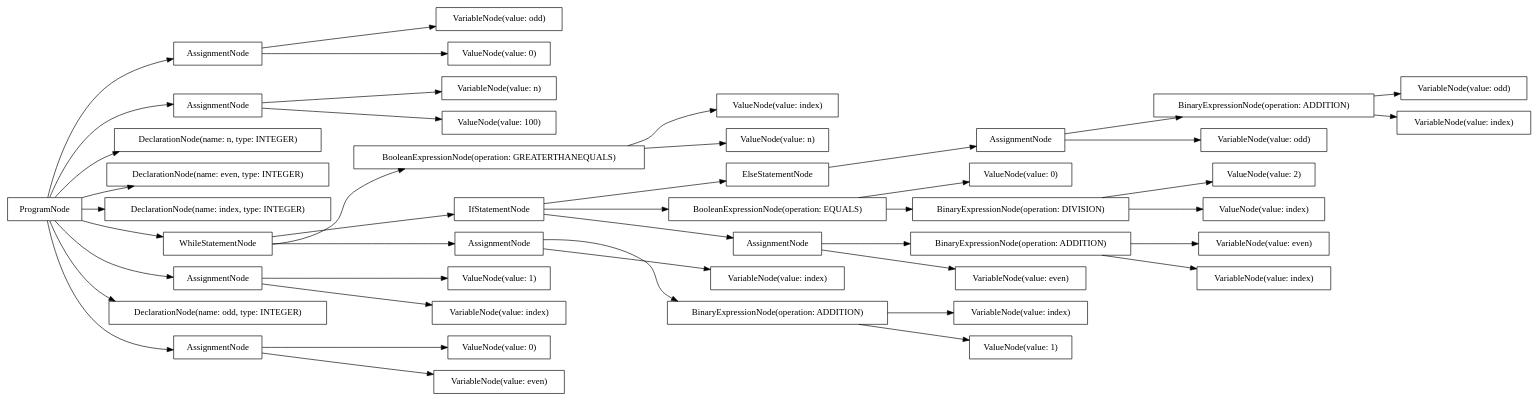
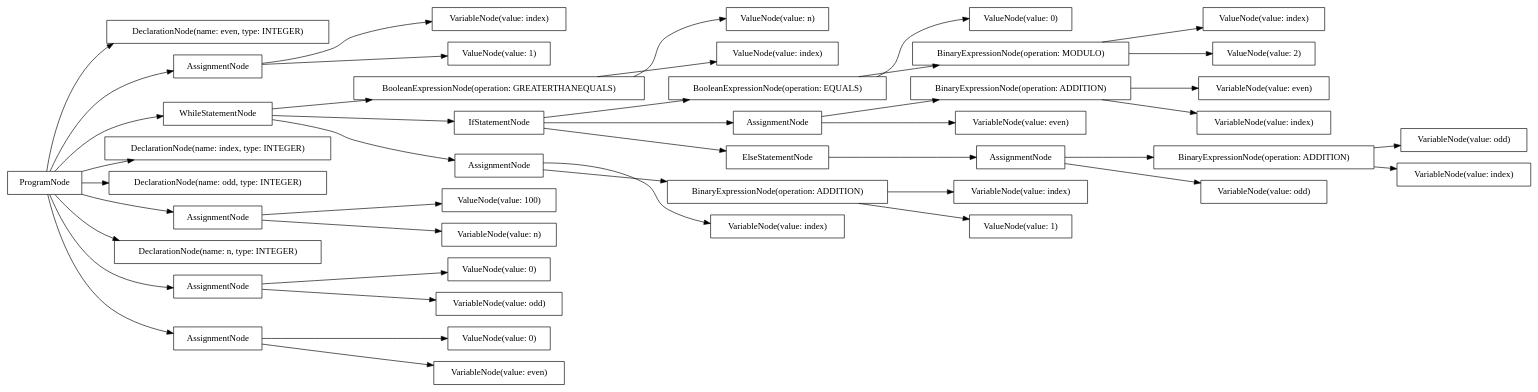
One commit to AtLeastITry/ANTLR-Python-Compiler changed the diagram in src/output/dot/odd_even.dot. Above: the diagram before and after it, drawn with Graphviz. The commit also changed 27 other files, not shown here.

```diff
--- a/src/output/dot/odd_even.dot
+++ b/src/output/dot/odd_even.dot
@@ -1,88 +1,88 @@
 digraph G {
 rankdir=LR
-"79c19abc-da8b-4724-8d34-5282aea45b87" [label="AssignmentNode" shape="box"];
-"4ef11b7d-b69f-4cc4-b3d8-98809ff8a03e" [label="AssignmentNode" shape="box"];
-"3093afd4-d119-431a-b877-caab0ad86e8a" [label="VariableNode(value: odd)" shape="box"];
-"b1682a3b-71fc-4a07-bf1d-ce64e25408cf" [label="ValueNode(value: 0)" shape="box"];
-"3aab8850-bef6-4f09-9de5-71e9b3103ed3" [label="DeclarationNode(name: n, type: INTEGER)" shape="box"];
-"424859a7-21b3-4c3b-acb3-148d2f526f47" [label="ValueNode(value: 2)" shape="box"];
-"621c7bb9-cdaa-4d46-8cbe-644ce7d3b9f8" [label="DeclarationNode(name: even, type: INTEGER)" shape="box"];
-"940a31cb-425f-44e0-9032-65e7329301e8" [label="VariableNode(value: index)" shape="box"];
-"7e415873-ba0b-4027-a7d4-08baee0f7a6d" [label="DeclarationNode(name: index, type: INTEGER)" shape="box"];
-"48330ab2-b593-4800-bbb5-ba8c0eaa5b17" [label="ValueNode(value: 1)" shape="box"];
-"7cc2eeb4-95cc-49d2-995f-f3fb90edef76" [label="VariableNode(value: n)" shape="box"];
-"ac5a2f0a-7cd3-4767-af48-00c5b341b1bf" [label="BinaryExpressionNode(operation: ADDITION)" shape="box"];
-"7ffb75b4-2518-4c02-947e-729c9664e00b" [label="AssignmentNode" shape="box"];
-"d0ccfda1-d11b-452b-b94a-49051f2be2a0" [label="WhileStatementNode" shape="box"];
-"249586a5-a49f-4472-b0cd-6593d1ac98b5" [label="BooleanExpressionNode(operation: GREATERTHANEQUALS)" shape="box"];
-"2d5ba856-9327-4ced-8695-60fcb0064872" [label="VariableNode(value: index)" shape="box"];
-"75da76d2-f9e6-4155-90c2-387f0ffed123" [label="ValueNode(value: 0)" shape="box"];
-"e74cde90-f02e-4b7f-acd9-ac049ce658ad" [label="ValueNode(value: index)" shape="box"];
-"5b4afbd5-9998-49dc-8562-eaf7981a9e88" [label="ValueNode(value: 1)" shape="box"];
-"ac439100-9982-4d23-9896-5b0b0a979074" [label="ValueNode(value: index)" shape="box"];
-"857e8cf2-ad51-4c18-90f4-06f7f6877f23" [label="BinaryExpressionNode(operation: DIVISION)" shape="box"];
-"b9421b17-9375-48b4-bc64-f75330179196" [label="VariableNode(value: odd)" shape="box"];
-"c8322cec-f53e-4dee-89e7-068f03bdc77e" [label="VariableNode(value: odd)" shape="box"];
-"4b57c16a-f364-43ec-bfec-ffc42ebc5688" [label="VariableNode(value: even)" shape="box"];
-"471193bb-323b-485c-9179-6b0a71b4ef20" [label="ValueNode(value: 0)" shape="box"];
-"e7adc543-d610-47f2-a0f5-1b185551fcda" [label="VariableNode(value: even)" shape="box"];
-"2fdd35de-5cdf-4067-923f-8cd9c465f613" [label="ValueNode(value: n)" shape="box"];
-"613147ab-2ac6-4d6d-9b44-88a4652575d8" [label="ElseStatementNode" shape="box"];
-"94935950-aa4a-4219-ae95-3c088fc6c125" [label="BooleanExpressionNode(operation: EQUALS)" shape="box"];
-"9ef6b98b-8504-4239-a90c-46587209afb3" [label="AssignmentNode" shape="box"];
-"26b24507-8e9e-49b3-8940-5c6ca32d3bf6" [label="VariableNode(value: index)" shape="box"];
-"174e445f-206a-47aa-b2f2-0c9696839386" [label="AssignmentNode" shape="box"];
-"dd51bd09-1c65-4681-8bc9-40e8dac00c2e" [label="VariableNode(value: index)" shape="box"];
-"1ba9832e-fcc1-4f09-abb3-615f26a4ccb3" [label="ProgramNode" shape="box"];
-"cbc94d31-afab-4c6f-a359-fdb7385ec578" [label="BinaryExpressionNode(operation: ADDITION)" shape="box"];
-"7dce3554-f706-41d6-8075-2566aecfc2a3" [label="DeclarationNode(name: odd, type: INTEGER)" shape="box"];
-"3cf92d4f-1e56-43f9-9515-923370623e2a" [label="BinaryExpressionNode(operation: ADDITION)" shape="box"];
-"d6c016cd-a649-450d-ab19-89d3f616d36d" [label="VariableNode(value: even)" shape="box"];
-"b48f5b11-4035-4559-8c4a-dab5887de14a" [label="AssignmentNode" shape="box"];
-"9e331ccc-57c2-464d-aedb-2575ca2a8588" [label="IfStatementNode" shape="box"];
-"84524036-47f9-4bc5-a115-4d29ce73f26a" [label="VariableNode(value: index)" shape="box"];
-"a2505f63-a1c0-4864-b3e1-c71c2bc97c1e" [label="AssignmentNode" shape="box"];
-"13ba1142-9511-4556-83cf-69bd6f113f62" [label="ValueNode(value: 100)" shape="box"];
-"1ba9832e-fcc1-4f09-abb3-615f26a4ccb3" -> "3aab8850-bef6-4f09-9de5-71e9b3103ed3";
-"1ba9832e-fcc1-4f09-abb3-615f26a4ccb3" -> "7dce3554-f706-41d6-8075-2566aecfc2a3";
-"1ba9832e-fcc1-4f09-abb3-615f26a4ccb3" -> "621c7bb9-cdaa-4d46-8cbe-644ce7d3b9f8";
-"1ba9832e-fcc1-4f09-abb3-615f26a4ccb3" -> "7e415873-ba0b-4027-a7d4-08baee0f7a6d";
-"1ba9832e-fcc1-4f09-abb3-615f26a4ccb3" -> "4ef11b7d-b69f-4cc4-b3d8-98809ff8a03e";
-"4ef11b7d-b69f-4cc4-b3d8-98809ff8a03e" -> "7cc2eeb4-95cc-49d2-995f-f3fb90edef76";
-"4ef11b7d-b69f-4cc4-b3d8-98809ff8a03e" -> "13ba1142-9511-4556-83cf-69bd6f113f62";
-"1ba9832e-fcc1-4f09-abb3-615f26a4ccb3" -> "79c19abc-da8b-4724-8d34-5282aea45b87";
-"79c19abc-da8b-4724-8d34-5282aea45b87" -> "3093afd4-d119-431a-b877-caab0ad86e8a";
-"79c19abc-da8b-4724-8d34-5282aea45b87" -> "471193bb-323b-485c-9179-6b0a71b4ef20";
-"1ba9832e-fcc1-4f09-abb3-615f26a4ccb3" -> "b48f5b11-4035-4559-8c4a-dab5887de14a";
-"b48f5b11-4035-4559-8c4a-dab5887de14a" -> "4b57c16a-f364-43ec-bfec-ffc42ebc5688";
-"b48f5b11-4035-4559-8c4a-dab5887de14a" -> "75da76d2-f9e6-4155-90c2-387f0ffed123";
-"1ba9832e-fcc1-4f09-abb3-615f26a4ccb3" -> "174e445f-206a-47aa-b2f2-0c9696839386";
-"174e445f-206a-47aa-b2f2-0c9696839386" -> "26b24507-8e9e-49b3-8940-5c6ca32d3bf6";
-"174e445f-206a-47aa-b2f2-0c9696839386" -> "5b4afbd5-9998-49dc-8562-eaf7981a9e88";
-"1ba9832e-fcc1-4f09-abb3-615f26a4ccb3" -> "d0ccfda1-d11b-452b-b94a-49051f2be2a0";
-"d0ccfda1-d11b-452b-b94a-49051f2be2a0" -> "249586a5-a49f-4472-b0cd-6593d1ac98b5";
-"249586a5-a49f-4472-b0cd-6593d1ac98b5" -> "ac439100-9982-4d23-9896-5b0b0a979074";
-"249586a5-a49f-4472-b0cd-6593d1ac98b5" -> "2fdd35de-5cdf-4067-923f-8cd9c465f613";
-"d0ccfda1-d11b-452b-b94a-49051f2be2a0" -> "9e331ccc-57c2-464d-aedb-2575ca2a8588";
-"9e331ccc-57c2-464d-aedb-2575ca2a8588" -> "94935950-aa4a-4219-ae95-3c088fc6c125";
-"94935950-aa4a-4219-ae95-3c088fc6c125" -> "857e8cf2-ad51-4c18-90f4-06f7f6877f23";
-"857e8cf2-ad51-4c18-90f4-06f7f6877f23" -> "e74cde90-f02e-4b7f-acd9-ac049ce658ad";
-"857e8cf2-ad51-4c18-90f4-06f7f6877f23" -> "424859a7-21b3-4c3b-acb3-148d2f526f47";
-"94935950-aa4a-4219-ae95-3c088fc6c125" -> "b1682a3b-71fc-4a07-bf1d-ce64e25408cf";
-"9e331ccc-57c2-464d-aedb-2575ca2a8588" -> "9ef6b98b-8504-4239-a90c-46587209afb3";
-"9ef6b98b-8504-4239-a90c-46587209afb3" -> "d6c016cd-a649-450d-ab19-89d3f616d36d";
-"9ef6b98b-8504-4239-a90c-46587209afb3" -> "cbc94d31-afab-4c6f-a359-fdb7385ec578";
-"cbc94d31-afab-4c6f-a359-fdb7385ec578" -> "e7adc543-d610-47f2-a0f5-1b185551fcda";
-"cbc94d31-afab-4c6f-a359-fdb7385ec578" -> "dd51bd09-1c65-4681-8bc9-40e8dac00c2e";
-"9e331ccc-57c2-464d-aedb-2575ca2a8588" -> "613147ab-2ac6-4d6d-9b44-88a4652575d8";
-"613147ab-2ac6-4d6d-9b44-88a4652575d8" -> "7ffb75b4-2518-4c02-947e-729c9664e00b";
-"7ffb75b4-2518-4c02-947e-729c9664e00b" -> "c8322cec-f53e-4dee-89e7-068f03bdc77e";
-"7ffb75b4-2518-4c02-947e-729c9664e00b" -> "ac5a2f0a-7cd3-4767-af48-00c5b341b1bf";
-"ac5a2f0a-7cd3-4767-af48-00c5b341b1bf" -> "b9421b17-9375-48b4-bc64-f75330179196";
-"ac5a2f0a-7cd3-4767-af48-00c5b341b1bf" -> "84524036-47f9-4bc5-a115-4d29ce73f26a";
-"d0ccfda1-d11b-452b-b94a-49051f2be2a0" -> "a2505f63-a1c0-4864-b3e1-c71c2bc97c1e";
-"a2505f63-a1c0-4864-b3e1-c71c2bc97c1e" -> "2d5ba856-9327-4ced-8695-60fcb0064872";
-"a2505f63-a1c0-4864-b3e1-c71c2bc97c1e" -> "3cf92d4f-1e56-43f9-9515-923370623e2a";
-"3cf92d4f-1e56-43f9-9515-923370623e2a" -> "940a31cb-425f-44e0-9032-65e7329301e8";
-"3cf92d4f-1e56-43f9-9515-923370623e2a" -> "48330ab2-b593-4800-bbb5-ba8c0eaa5b17";
+"4c57b4df-326e-4cd7-820c-1e643ffe2a67" [label="VariableNode(value: odd)" shape="box"];
+"a7191009-eff2-4182-8580-98ceb84ed6e9" [label="BooleanExpressionNode(operation: EQUALS)" shape="box"];
+"4784a760-ae09-4403-9334-53fe5d4dcba5" [label="DeclarationNode(name: even, type: INTEGER)" shape="box"];
+"7416888f-fe71-4914-be12-e1e2711b6bdb" [label="AssignmentNode" shape="box"];
+"5c3884c2-6198-4063-929b-43479aaba366" [label="ValueNode(value: n)" shape="box"];
+"0a4173cb-d114-4ba4-9be2-5a454a6cb621" [label="VariableNode(value: index)" shape="box"];
+"eacdc6ce-39d1-4e20-968e-d72b1dc73380" [label="BinaryExpressionNode(operation: ADDITION)" shape="box"];
+"9c5e7c5a-9cc1-41c4-b7ed-b1a472508b09" [label="WhileStatementNode" shape="box"];
+"44ab101c-16f2-43a1-a6cd-f4d742bc2113" [label="AssignmentNode" shape="box"];
+"4627e310-d9fc-422b-8892-a060235416d4" [label="DeclarationNode(name: index, type: INTEGER)" shape="box"];
+"f388f356-5c25-40d2-b964-d24ebc10c4c0" [label="ValueNode(value: 100)" shape="box"];
+"b0437c37-3dd2-4a47-8261-56c5abb346af" [label="VariableNode(value: index)" shape="box"];
+"070a199b-e4cc-4df8-8565-d0befe659606" [label="DeclarationNode(name: odd, type: INTEGER)" shape="box"];
+"475af098-3b2b-4b8a-8929-6302721c09cb" [label="AssignmentNode" shape="box"];
+"acafc8b5-73ed-4620-84aa-8c6254c84288" [label="VariableNode(value: index)" shape="box"];
+"0fa95914-8344-4cbf-8864-b6785a2f9f6a" [label="AssignmentNode" shape="box"];
+"097c37f7-39d3-4519-ae33-7161dcd0f361" [label="VariableNode(value: index)" shape="box"];
+"6037abf2-194e-4e65-85a9-2137e35a4e0e" [label="ValueNode(value: 0)" shape="box"];
+"439c27d3-afe4-4d31-abb2-b2e0d5358c19" [label="ValueNode(value: 0)" shape="box"];
+"5af60ac5-2847-4858-a245-18867bffb3b4" [label="BinaryExpressionNode(operation: ADDITION)" shape="box"];
+"388fa258-0f8c-4d0e-be79-9da54bd8cd37" [label="VariableNode(value: n)" shape="box"];
+"c5d7845d-bbd0-4558-95b6-88fcc6d02f3e" [label="VariableNode(value: even)" shape="box"];
+"ac1d4eaa-0ba9-4a32-ad24-c6df499986a8" [label="BinaryExpressionNode(operation: ADDITION)" shape="box"];
+"dea878ef-55dd-4843-bd36-ef3fd2de0f29" [label="BooleanExpressionNode(operation: GREATERTHANEQUALS)" shape="box"];
+"50e18e8b-b9c1-4f3d-9bf7-7a5e21cffed8" [label="VariableNode(value: even)" shape="box"];
+"2ba3e4ff-0174-41e6-a3c8-135df12efadc" [label="VariableNode(value: even)" shape="box"];
+"13ef65dc-58fb-48f9-9662-022f1d564ec1" [label="ValueNode(value: 0)" shape="box"];
+"aa3da402-b01c-4351-94a8-431141e08a80" [label="ElseStatementNode" shape="box"];
+"eaab4a57-0596-449a-a137-8141a1beb154" [label="ProgramNode" shape="box"];
+"e3e05a2a-a0a4-4d74-83ca-fe54c35a51b0" [label="ValueNode(value: index)" shape="box"];
+"af40e1d6-597d-4e27-b227-a2d602b7aeba" [label="DeclarationNode(name: n, type: INTEGER)" shape="box"];
+"d5c8d700-0904-4be0-a0ab-85dbd919f8f4" [label="VariableNode(value: index)" shape="box"];
+"33e6a0c6-286f-41da-be3d-264ac80cea1d" [label="BinaryExpressionNode(operation: MODULO)" shape="box"];
+"6ffa7376-1ded-44cc-bcee-e77b7ad68a5b" [label="ValueNode(value: 1)" shape="box"];
+"3caae2ab-e24a-43d1-97d4-b0047a7fd943" [label="ValueNode(value: 1)" shape="box"];
+"eca58f09-24b6-44eb-95d8-414787e34fb4" [label="ValueNode(value: index)" shape="box"];
+"a72c80d9-e187-4c73-b8e4-ea705926d949" [label="AssignmentNode" shape="box"];
+"925e6eb6-4993-4028-aaea-0e3738e43c90" [label="VariableNode(value: odd)" shape="box"];
+"dfb76f2b-d8f0-4544-a681-69200ea9a35b" [label="VariableNode(value: odd)" shape="box"];
+"6fcbf325-0bb7-4080-a61e-aff968de539c" [label="IfStatementNode" shape="box"];
+"5f3f0d69-c0ea-4c6f-854b-521073cf76bb" [label="AssignmentNode" shape="box"];
+"a7fc60ce-e2cc-4002-822f-e33b45e936be" [label="AssignmentNode" shape="box"];
+"06614770-04d8-42af-a63a-55f0b9db34c8" [label="ValueNode(value: 2)" shape="box"];
+"eaab4a57-0596-449a-a137-8141a1beb154" -> "af40e1d6-597d-4e27-b227-a2d602b7aeba";
+"eaab4a57-0596-449a-a137-8141a1beb154" -> "070a199b-e4cc-4df8-8565-d0befe659606";
+"eaab4a57-0596-449a-a137-8141a1beb154" -> "4784a760-ae09-4403-9334-53fe5d4dcba5";
+"eaab4a57-0596-449a-a137-8141a1beb154" -> "4627e310-d9fc-422b-8892-a060235416d4";
+"eaab4a57-0596-449a-a137-8141a1beb154" -> "475af098-3b2b-4b8a-8929-6302721c09cb";
+"475af098-3b2b-4b8a-8929-6302721c09cb" -> "388fa258-0f8c-4d0e-be79-9da54bd8cd37";
+"475af098-3b2b-4b8a-8929-6302721c09cb" -> "f388f356-5c25-40d2-b964-d24ebc10c4c0";
+"eaab4a57-0596-449a-a137-8141a1beb154" -> "a72c80d9-e187-4c73-b8e4-ea705926d949";
+"a72c80d9-e187-4c73-b8e4-ea705926d949" -> "dfb76f2b-d8f0-4544-a681-69200ea9a35b";
+"a72c80d9-e187-4c73-b8e4-ea705926d949" -> "13ef65dc-58fb-48f9-9662-022f1d564ec1";
+"eaab4a57-0596-449a-a137-8141a1beb154" -> "a7fc60ce-e2cc-4002-822f-e33b45e936be";
+"a7fc60ce-e2cc-4002-822f-e33b45e936be" -> "50e18e8b-b9c1-4f3d-9bf7-7a5e21cffed8";
+"a7fc60ce-e2cc-4002-822f-e33b45e936be" -> "6037abf2-194e-4e65-85a9-2137e35a4e0e";
+"eaab4a57-0596-449a-a137-8141a1beb154" -> "7416888f-fe71-4914-be12-e1e2711b6bdb";
+"7416888f-fe71-4914-be12-e1e2711b6bdb" -> "acafc8b5-73ed-4620-84aa-8c6254c84288";
+"7416888f-fe71-4914-be12-e1e2711b6bdb" -> "6ffa7376-1ded-44cc-bcee-e77b7ad68a5b";
+"eaab4a57-0596-449a-a137-8141a1beb154" -> "9c5e7c5a-9cc1-41c4-b7ed-b1a472508b09";
+"9c5e7c5a-9cc1-41c4-b7ed-b1a472508b09" -> "dea878ef-55dd-4843-bd36-ef3fd2de0f29";
+"dea878ef-55dd-4843-bd36-ef3fd2de0f29" -> "e3e05a2a-a0a4-4d74-83ca-fe54c35a51b0";
+"dea878ef-55dd-4843-bd36-ef3fd2de0f29" -> "5c3884c2-6198-4063-929b-43479aaba366";
+"9c5e7c5a-9cc1-41c4-b7ed-b1a472508b09" -> "6fcbf325-0bb7-4080-a61e-aff968de539c";
+"6fcbf325-0bb7-4080-a61e-aff968de539c" -> "a7191009-eff2-4182-8580-98ceb84ed6e9";
+"a7191009-eff2-4182-8580-98ceb84ed6e9" -> "33e6a0c6-286f-41da-be3d-264ac80cea1d";
+"33e6a0c6-286f-41da-be3d-264ac80cea1d" -> "eca58f09-24b6-44eb-95d8-414787e34fb4";
+"33e6a0c6-286f-41da-be3d-264ac80cea1d" -> "06614770-04d8-42af-a63a-55f0b9db34c8";
+"a7191009-eff2-4182-8580-98ceb84ed6e9" -> "439c27d3-afe4-4d31-abb2-b2e0d5358c19";
+"6fcbf325-0bb7-4080-a61e-aff968de539c" -> "44ab101c-16f2-43a1-a6cd-f4d742bc2113";
+"44ab101c-16f2-43a1-a6cd-f4d742bc2113" -> "2ba3e4ff-0174-41e6-a3c8-135df12efadc";
+"44ab101c-16f2-43a1-a6cd-f4d742bc2113" -> "5af60ac5-2847-4858-a245-18867bffb3b4";
+"5af60ac5-2847-4858-a245-18867bffb3b4" -> "c5d7845d-bbd0-4558-95b6-88fcc6d02f3e";
+"5af60ac5-2847-4858-a245-18867bffb3b4" -> "d5c8d700-0904-4be0-a0ab-85dbd919f8f4";
+"6fcbf325-0bb7-4080-a61e-aff968de539c" -> "aa3da402-b01c-4351-94a8-431141e08a80";
+"aa3da402-b01c-4351-94a8-431141e08a80" -> "0fa95914-8344-4cbf-8864-b6785a2f9f6a";
+"0fa95914-8344-4cbf-8864-b6785a2f9f6a" -> "925e6eb6-4993-4028-aaea-0e3738e43c90";
+"0fa95914-8344-4cbf-8864-b6785a2f9f6a" -> "ac1d4eaa-0ba9-4a32-ad24-c6df499986a8";
+"ac1d4eaa-0ba9-4a32-ad24-c6df499986a8" -> "4c57b4df-326e-4cd7-820c-1e643ffe2a67";
+"ac1d4eaa-0ba9-4a32-ad24-c6df499986a8" -> "0a4173cb-d114-4ba4-9be2-5a454a6cb621";
+"9c5e7c5a-9cc1-41c4-b7ed-b1a472508b09" -> "5f3f0d69-c0ea-4c6f-854b-521073cf76bb";
+"5f3f0d69-c0ea-4c6f-854b-521073cf76bb" -> "b0437c37-3dd2-4a47-8261-56c5abb346af";
+"5f3f0d69-c0ea-4c6f-854b-521073cf76bb" -> "eacdc6ce-39d1-4e20-968e-d72b1dc73380";
+"eacdc6ce-39d1-4e20-968e-d72b1dc73380" -> "097c37f7-39d3-4519-ae33-7161dcd0f361";
+"eacdc6ce-39d1-4e20-968e-d72b1dc73380" -> "3caae2ab-e24a-43d1-97d4-b0047a7fd943";
 }
```
